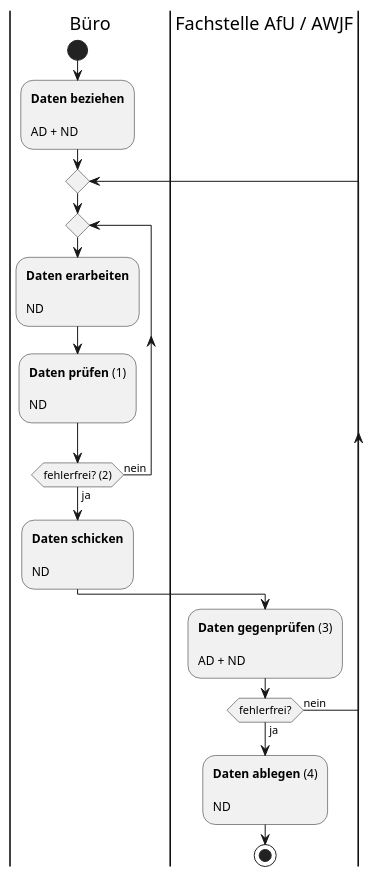
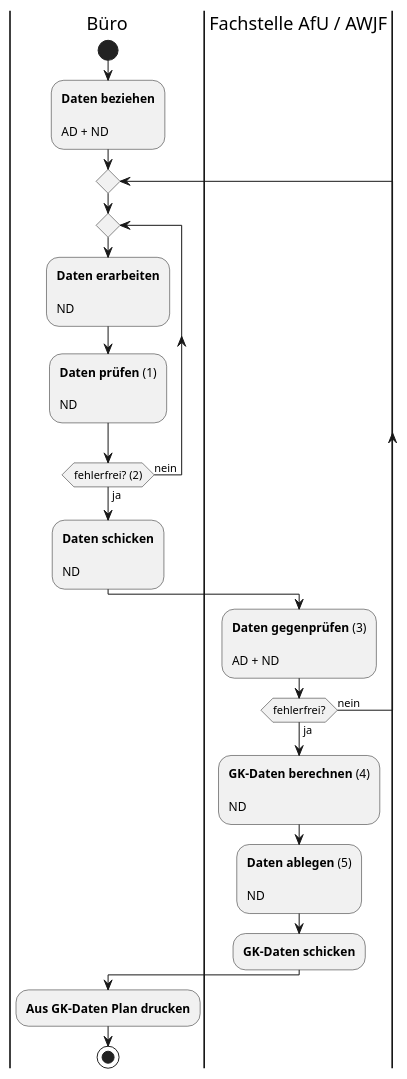
The diagram in Ablauf/buero.puml (sogis/p-naturgefahren), drawn with PlantUML before and after one commit.

Commit message:
update ablauf

```diff
--- a/Ablauf/buero.puml
+++ b/Ablauf/buero.puml
@@ -1,31 +1,39 @@
 @startuml
 
 |Büro|
 
 start
 
 :**Daten beziehen**\n\nAD + ND;
 
 repeat
 
   repeat
   
     :**Daten erarbeiten**\n\nND;
     
     :**Daten prüfen** (1)\n\nND;
   
   repeat while (fehlerfrei? (2)) is (nein) not (ja)
   
   :**Daten schicken**\n\nND;
 
 |Fachstelle AfU / AWJF|
 
 :**Daten gegenprüfen** (3)\n\nAD + ND;
 
 repeat while (fehlerfrei?) is (nein) not (ja)
 
-:**Daten ablegen** (4)\n\nND;
+:**GK-Daten berechnen** (4)\n\nND;
+
+:**Daten ablegen** (5)\n\nND;
+
+:**GK-Daten schicken**;
+
+|Büro|
+
+:**Aus GK-Daten Plan drucken**;
 
 stop
 
 @enduml
```
